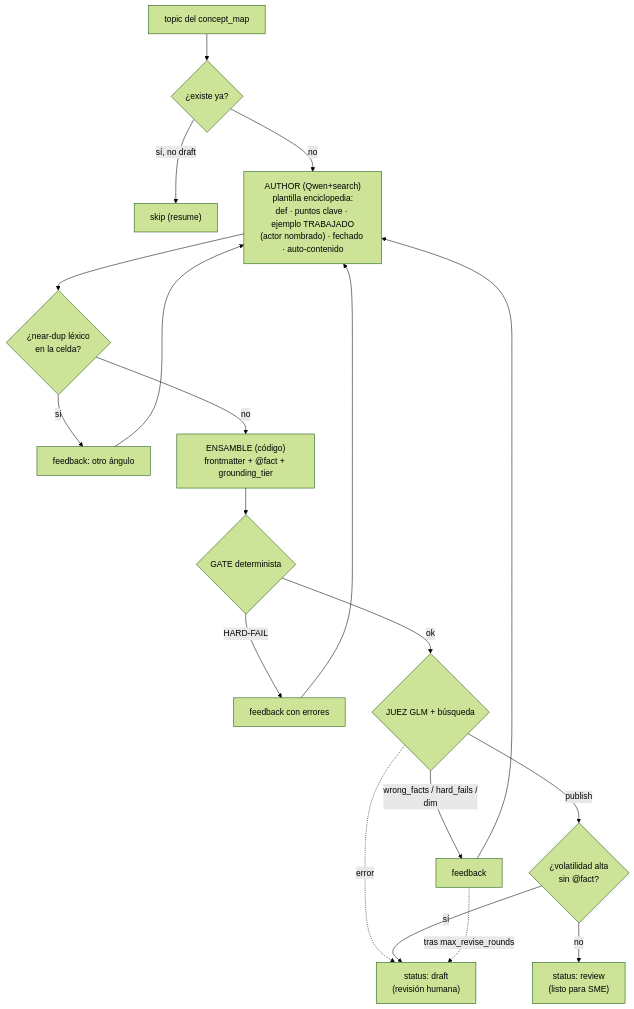
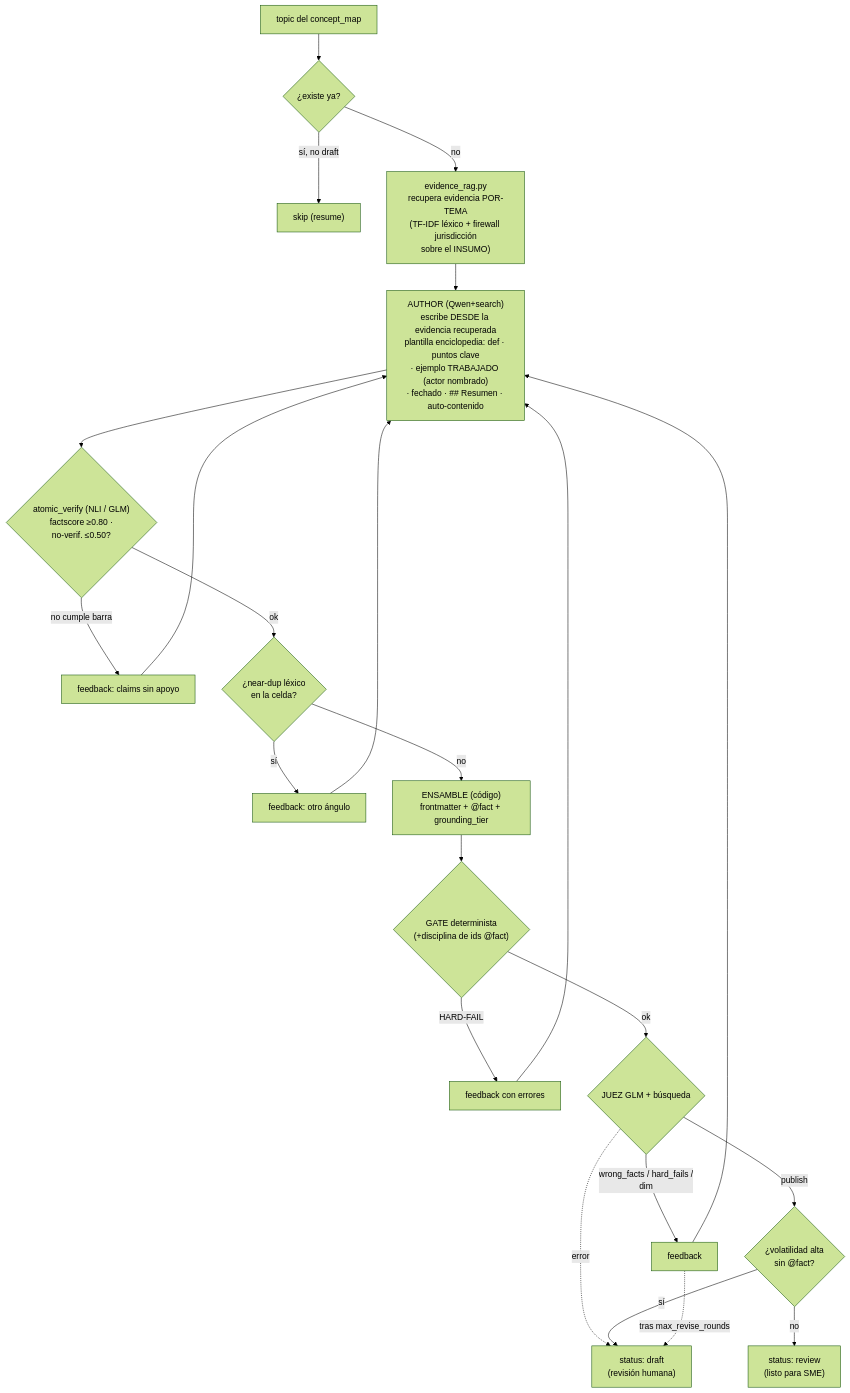
The third of 5 diagrams in littlefounders_brain/rag-llm-brain/PIPELINE.md (jesusvasquezjr3-littlefounders/LITTLEFOUNDERS-AI), drawn with Mermaid (forest theme) before and after one commit. The commit also changed other lines of this file and 20 other files, not shown here.

First line of the commit message:
feat(rag-llm-brain): migrate pipeline to v4 (RAG-to-write and atomic verification)

````diff
--- a/littlefounders_brain/rag-llm-brain/PIPELINE.md
+++ b/littlefounders_brain/rag-llm-brain/PIPELINE.md
@@ -107,18 +126,21 @@
 ```mermaid
 flowchart TD
   START["topic del concept_map"] --> EXIST{"¿existe ya?"}
   EXIST -->|sí, no draft| SKIP["skip (resume)"]
-  EXIST -->|no| AUTHOR["AUTHOR (Qwen+search)<br/>plantilla enciclopedia:<br/>def · puntos clave · ejemplo TRABAJADO<br/>(actor nombrado) · fechado · auto-contenido"]
-  AUTHOR --> DEDUP{"¿near-dup léxico<br/>en la celda?"}
+  EXIST -->|no| RAG["evidence_rag.py<br/>recupera evidencia POR-TEMA<br/>(TF-IDF léxico + firewall jurisdicción<br/>sobre el INSUMO)"]
+  RAG --> AUTHOR["AUTHOR (Qwen+search)<br/>escribe DESDE la evidencia recuperada<br/>plantilla enciclopedia: def · puntos clave<br/>· ejemplo TRABAJADO (actor nombrado)<br/>· fechado · ## Resumen · auto-contenido"]
+  AUTHOR --> AVER{"atomic_verify (NLI / GLM)<br/>factscore ≥0.80 ·<br/>no-verif. ≤0.50?"}
+  AVER -->|"no cumple barra"| REVA["feedback: claims sin apoyo"] --> AUTHOR
+  AVER -->|ok| DEDUP{"¿near-dup léxico<br/>en la celda?"}
   DEDUP -->|sí| REV1["feedback: otro ángulo"] --> AUTHOR
   DEDUP -->|no| ASSEMBLE["ENSAMBLE (código)<br/>frontmatter + @fact + grounding_tier"]
-  ASSEMBLE --> GATE{"GATE determinista"}
+  ASSEMBLE --> GATE{"GATE determinista<br/>(+disciplina de ids @fact)"}
   GATE -->|HARD-FAIL| REV2["feedback con errores"] --> AUTHOR
   GATE -->|ok| JUDGE{"JUEZ GLM + búsqueda"}
   JUDGE -->|"wrong_facts / hard_fails /<br/>dim<barra / revise"| REV3["feedback"] --> AUTHOR
   JUDGE -->|publish| HVCHK{"¿volatilidad alta<br/>sin @fact?"}
   JUDGE -.error.-> DRAFT
   HVCHK -->|sí| DRAFT["status: draft<br/>(revisión humana)"]
   HVCHK -->|no| REVIEW["status: review<br/>(listo para SME)"]
   REV3 -.->|tras max_revise_rounds| DRAFT
 ```
````
